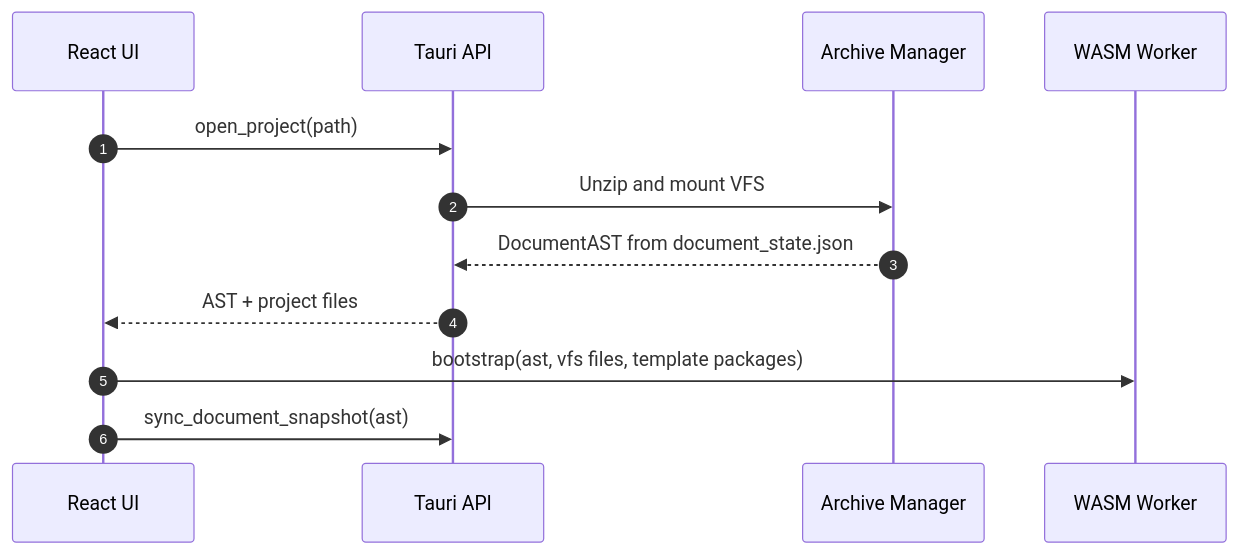
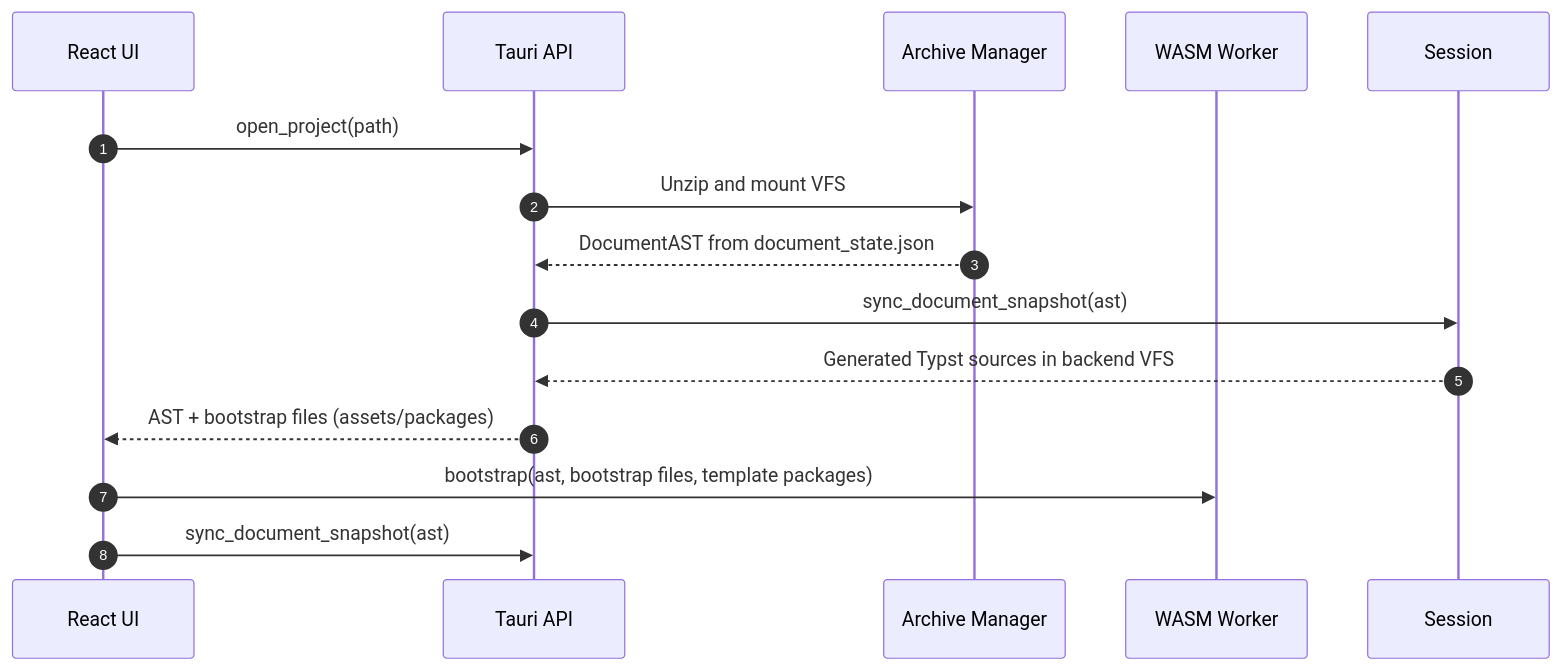
One commit to andmoreduro/ergo changed the fourth of 9 diagrams in context/sequence-diagrams.md. Above: the diagram before and after it, drawn with Mermaid. The commit also changed other lines of this file and 16 other files, not shown here.

````diff
--- a/context/sequence-diagrams.md
+++ b/context/sequence-diagrams.md
@@ -86,16 +87,18 @@
 ```mermaid
 sequenceDiagram
     autonumber
 
     participant UI as React UI
     participant API as Tauri API
     participant Archive as Archive Manager
     participant Worker as WASM Worker
 
     UI->>API: open_project(path)
     API->>Archive: Unzip and mount VFS
     Archive-->>API: DocumentAST from document_state.json
-    API-->>UI: AST + project files
-    UI->>Worker: bootstrap(ast, vfs files, template packages)
+    API->>Session: sync_document_snapshot(ast)
+    Session-->>API: Generated Typst sources in backend VFS
+    API-->>UI: AST + bootstrap files (assets/packages)
+    UI->>Worker: bootstrap(ast, bootstrap files, template packages)
     UI->>API: sync_document_snapshot(ast)
 ```
````
